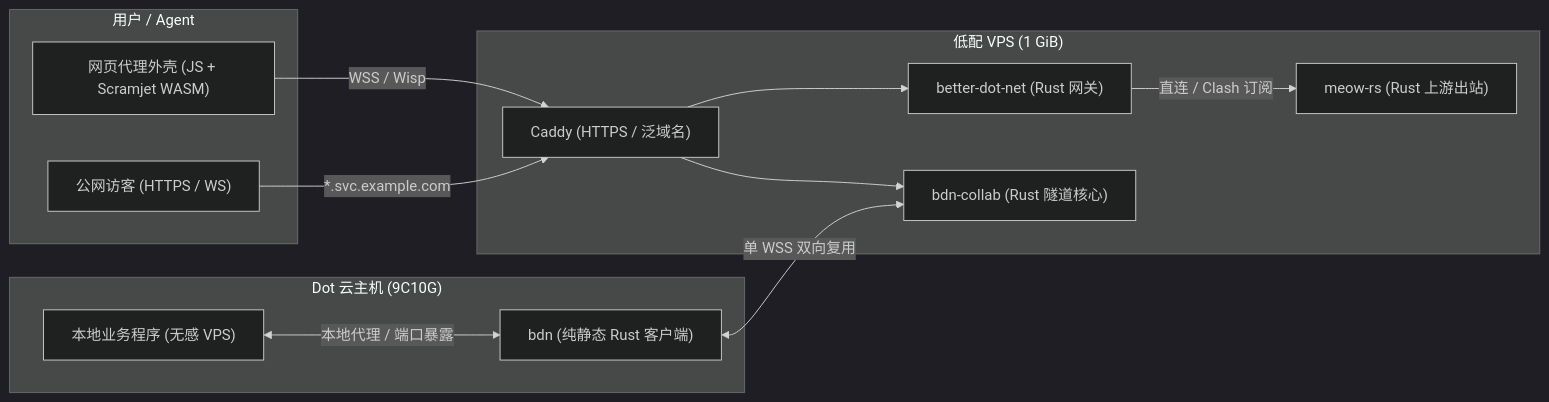
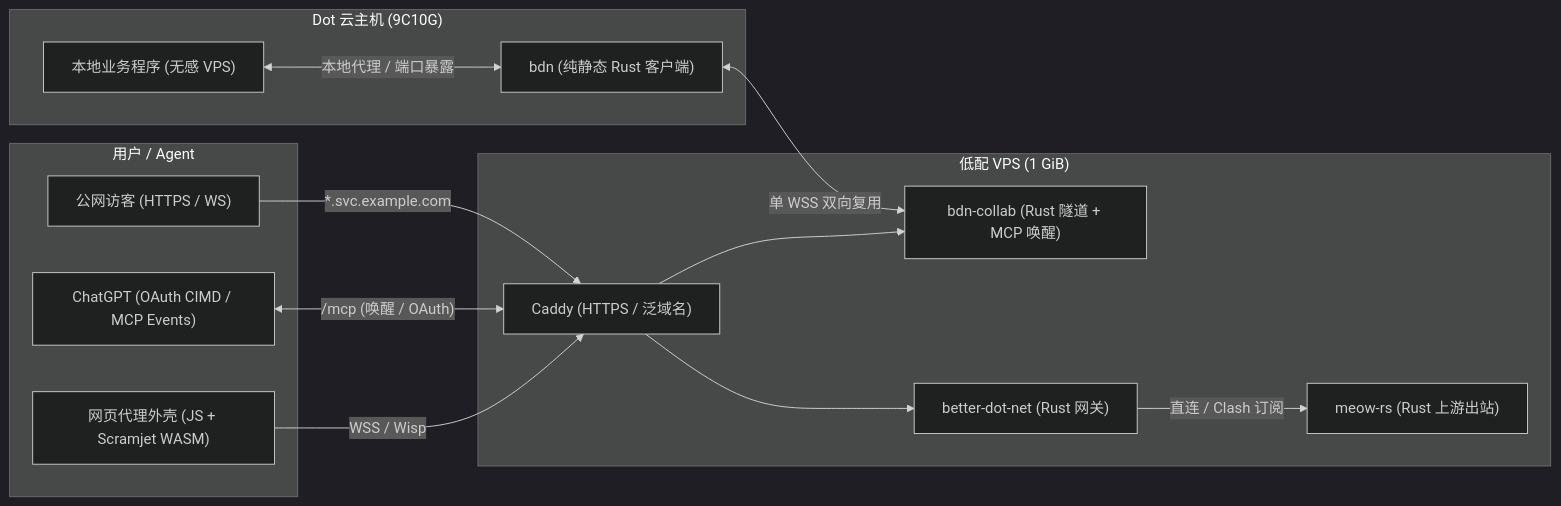
The diagram in README.zh-CN.md (Iris86901/better-dot-net), drawn with Mermaid (dark theme) before and after one commit. The commit also changed other lines of this file and 247 other files, not shown here.

````diff
--- a/README.zh-CN.md
+++ b/README.zh-CN.md
@@ -62,27 +74,29 @@
 ```mermaid
 flowchart LR
     subgraph Client["用户 / Agent"]
+        Visitor["公网访客 (HTTPS / WS)"]
+        MCP["ChatGPT (OAuth CIMD / MCP Events)"]
         Browser["网页代理外壳 (JS + Scramjet WASM)"]
-        Visitor["公网访客 (HTTPS / WS)"]
     end
 
     subgraph VPS["低配 VPS (1 GiB)"]
         Caddy["Caddy (HTTPS / 泛域名)"]
+        Collab["bdn-collab (Rust 隧道 + MCP 唤醒)"]
         Basic["better-dot-net (Rust 网关)"]
         Meow["meow-rs (Rust 上游出站)"]
-        Collab["bdn-collab (Rust 隧道核心)"]
     end
 
     subgraph DotHost["Dot 云主机 (9C10G)"]
         BDN["bdn (纯静态 Rust 客户端)"]
         App["本地业务程序 (无感 VPS)"]
     end
 
+    Visitor -- "*.svc.example.com" --> Caddy
+    MCP <-- "/mcp (唤醒 / OAuth)" --> Caddy
     Browser -- "WSS / Wisp" --> Caddy
-    Visitor -- "*.svc.example.com" --> Caddy
-    Caddy --> Basic
-    Basic -- "直连 / Clash 订阅" --> Meow
     Caddy --> Collab
     BDN <-- "单 WSS 双向复用" --> Collab
     App <-- "本地代理 / 端口暴露" --> BDN
+    Caddy --> Basic
+    Basic -- "直连 / Clash 订阅" --> Meow
 ```
````
